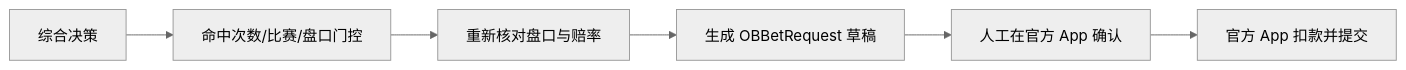
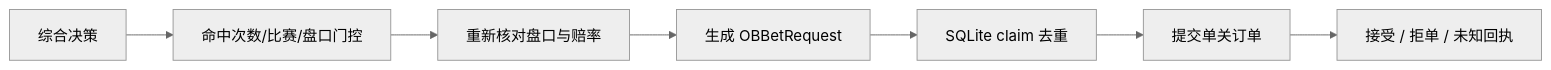
The first of 2 diagrams in docs/architecture/leyu-betting-adapter.md (1420970597/ai_football), drawn with Mermaid (neutral theme) before and after one commit. The commit also changed other lines of this file and 15 other files, not shown here.

````diff
--- a/docs/architecture/leyu-betting-adapter.md
+++ b/docs/architecture/leyu-betting-adapter.md
@@ -14,8 +14,9 @@
 ```mermaid
 flowchart LR
     A[综合决策] --> B[命中次数/比赛/盘口门控]
     B --> C[重新核对盘口与赔率]
-    C --> D[生成 OBBetRequest 草稿]
-    D --> E[人工在官方 App 确认]
-    E --> F[官方 App 扣款并提交]
+    C --> D[生成 OBBetRequest]
+    D --> E[SQLite claim 去重]
+    E --> F[提交单关订单]
+    F --> G[接受 / 拒单 / 未知回执]
 ```
````
